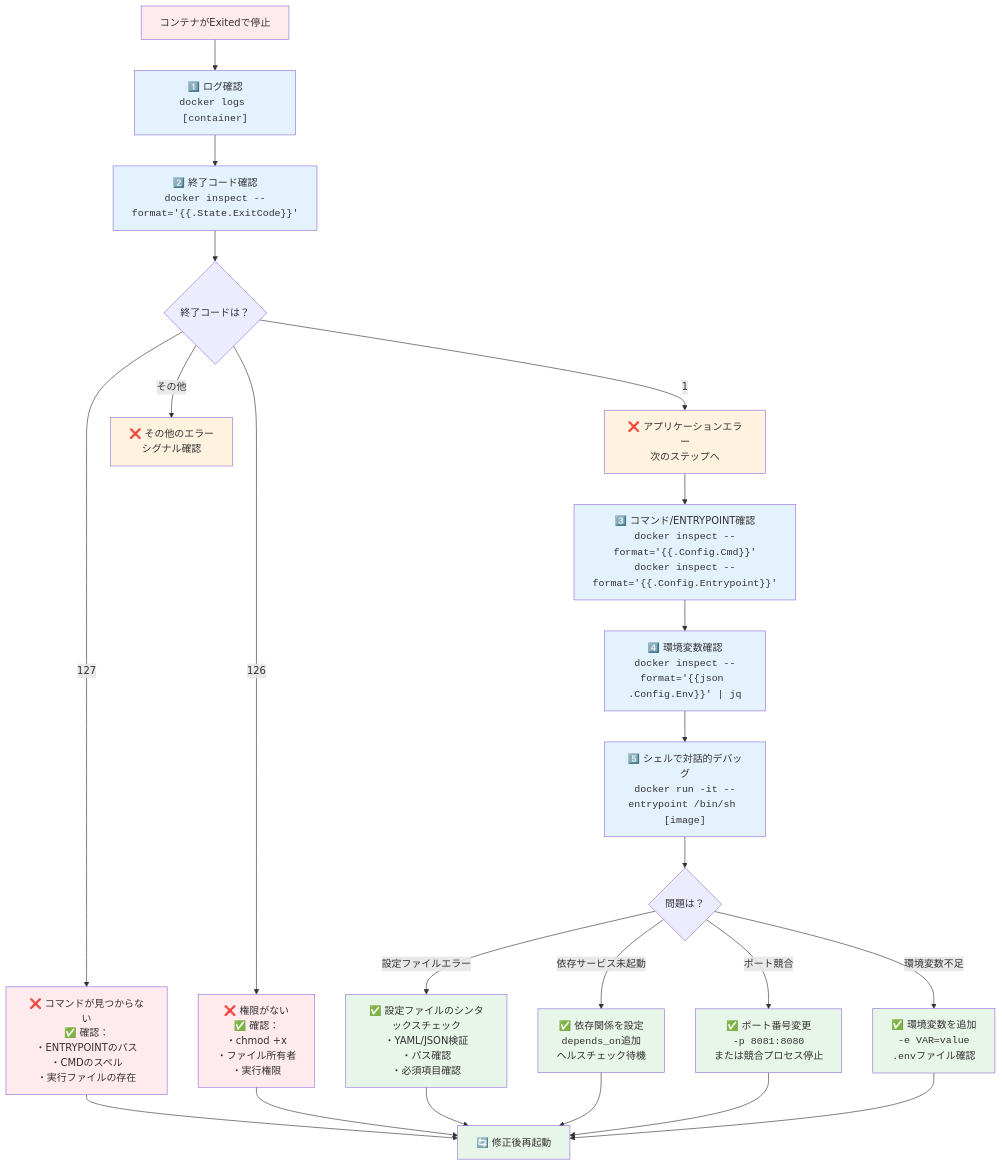
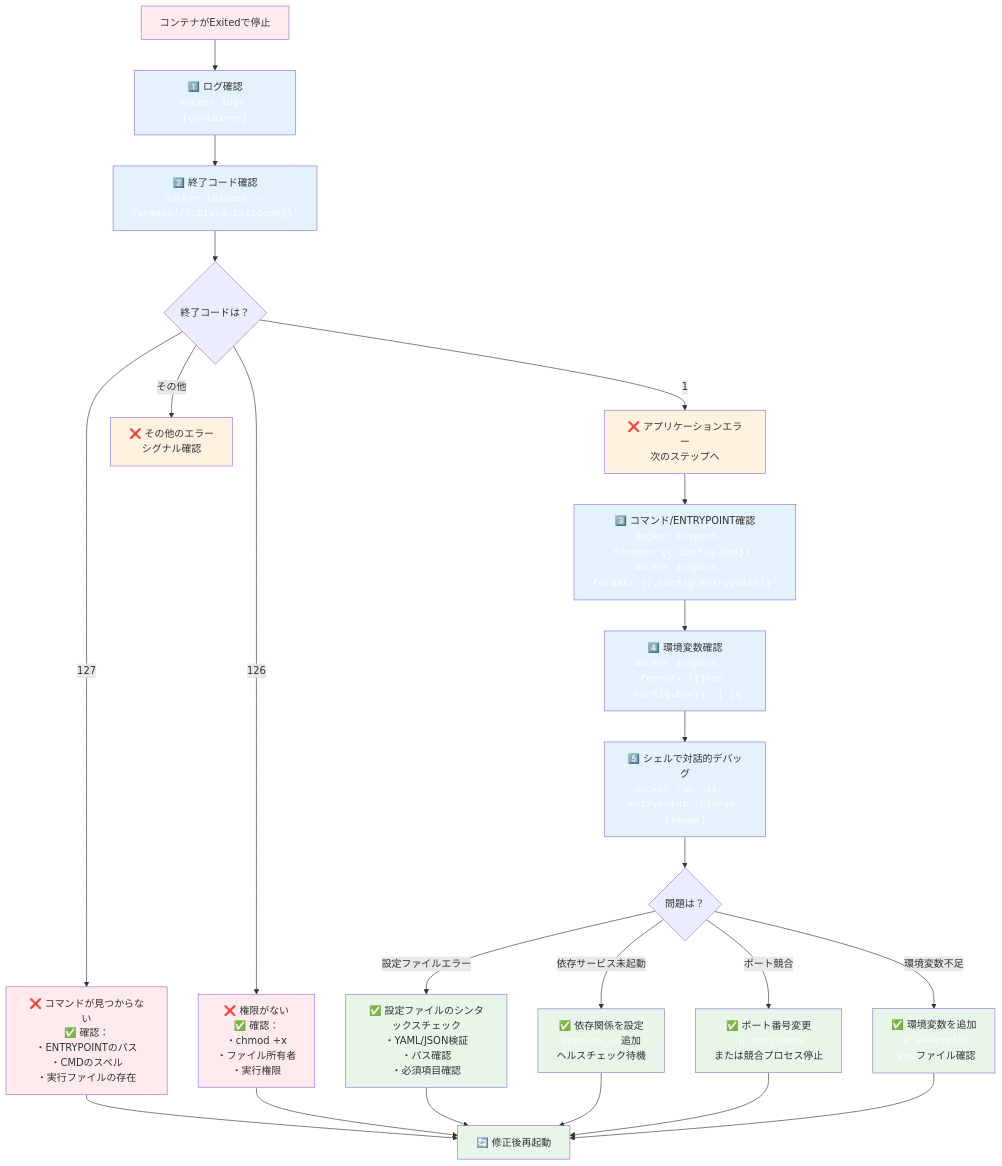
Before and after one commit to yasuhisa1984/blog: the seventh of 7 diagrams in content/posts/docker-troubleshooting-complete-guide.md, drawn with Mermaid. The commit also changed other lines of this file, not shown here.

First line of the commit message:
style: Mermaid図内のコード表示を白文字に変更し可読性を向上

````diff
--- a/content/posts/docker-troubleshooting-complete-guide.md
+++ b/content/posts/docker-troubleshooting-complete-guide.md
@@ -921,49 +921,49 @@
 ```mermaid
 flowchart TB
-    Start["コンテナがExitedで停止"] --> Step1["1️⃣ ログ確認<br/><code>docker logs [container]</code>"]
+    Start["コンテナがExitedで停止"] --> Step1["1️⃣ ログ確認<br/><code style='color: white'>docker logs [container]</code>"]
 
-    Step1 --> Step2["2️⃣ 終了コード確認<br/><code>docker inspect --format='{{.State.ExitCode}}'</code>"]
+    Step1 --> Step2["2️⃣ 終了コード確認<br/><code style='color: white'>docker inspect --format='{{.State.ExitCode}}'</code>"]
 
     Step2 --> Check{終了コードは？}
 
     Check -->|127| Error127["❌ コマンドが見つからない<br/>✅ 確認：<br/>・ENTRYPOINTのパス<br/>・CMDのスペル<br/>・実行ファイルの存在"]
     Check -->|126| Error126["❌ 権限がない<br/>✅ 確認：<br/>・chmod +x<br/>・ファイル所有者<br/>・実行権限"]
     Check -->|1| Error1["❌ アプリケーションエラー<br/>次のステップへ"]
     Check -->|その他| ErrorOther["❌ その他のエラー<br/>シグナル確認"]
 
-    Error1 --> Step3["3️⃣ コマンド/ENTRYPOINT確認<br/><code>docker inspect --format='{{.Config.Cmd}}'</code><br/><code>docker inspect --format='{{.Config.Entrypoint}}'</code>"]
+    Error1 --> Step3["3️⃣ コマンド/ENTRYPOINT確認<br/><code style='color: white'>docker inspect --format='{{.Config.Cmd}}'</code><br/><code style='color: white'>docker inspect --format='{{.Config.Entrypoint}}'</code>"]
 
-    Step3 --> Step4["4️⃣ 環境変数確認<br/><code>docker inspect --format='{{json .Config.Env}}' | jq</code>"]
+    Step3 --> Step4["4️⃣ 環境変数確認<br/><code style='color: white'>docker inspect --format='{{json .Config.Env}}' | jq</code>"]
 
-    Step4 --> Step5["5️⃣ シェルで対話的デバッグ<br/><code>docker run -it --entrypoint /bin/sh [image]</code>"]
+    Step4 --> Step5["5️⃣ シェルで対話的デバッグ<br/><code style='color: white'>docker run -it --entrypoint /bin/sh [image]</code>"]
 
     Step5 --> Analysis{問題は？}
 
     Analysis -->|"設定ファイルエラー"| Fix1["✅ 設定ファイルのシンタックスチェック<br/>・YAML/JSON検証<br/>・パス確認<br/>・必須項目確認"]
-    Analysis -->|"依存サービス未起動"| Fix2["✅ 依存関係を設定<br/><code>depends_on</code>追加<br/>ヘルスチェック待機"]
-    Analysis -->|"ポート競合"| Fix3["✅ ポート番号変更<br/><code>-p 8081:8080</code><br/>または競合プロセス停止"]
-    Analysis -->|"環境変数不足"| Fix4["✅ 環境変数を追加<br/><code>-e VAR=value</code><br/><code>.env</code>ファイル確認"]
+    Analysis -->|"依存サービス未起動"| Fix2["✅ 依存関係を設定<br/><code style='color: white'>depends_on</code>追加<br/>ヘルスチェック待機"]
+    Analysis -->|"ポート競合"| Fix3["✅ ポート番号変更<br/><code style='color: white'>-p 8081:8080</code><br/>または競合プロセス停止"]
+    Analysis -->|"環境変数不足"| Fix4["✅ 環境変数を追加<br/><code style='color: white'>-e VAR=value</code><br/><code style='color: white'>.env</code>ファイル確認"]
 
     Error127 --> Retry["🔄 修正後再起動"]
     Error126 --> Retry
     Fix1 --> Retry
     Fix2 --> Retry
     Fix3 --> Retry
     Fix4 --> Retry
 
     style Start fill:#ffebee
     style Error127 fill:#ffebee
     style Error126 fill:#ffebee
     style Error1 fill:#fff3e0
     style ErrorOther fill:#fff3e0
     style Fix1 fill:#e8f5e9
     style Fix2 fill:#e8f5e9
     style Fix3 fill:#e8f5e9
     style Fix4 fill:#e8f5e9
     style Retry fill:#e8f5e9
     style Step1 fill:#e3f2fd
     style Step2 fill:#e3f2fd
     style Step3 fill:#e3f2fd
     style Step4 fill:#e3f2fd
     style Step5 fill:#e3f2fd
 ```
````
